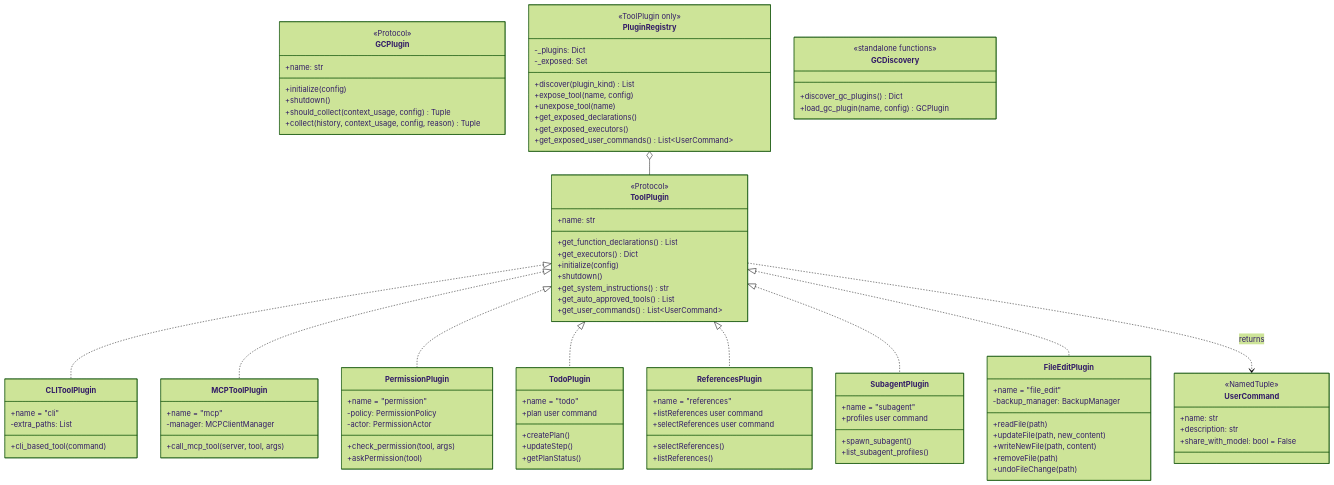
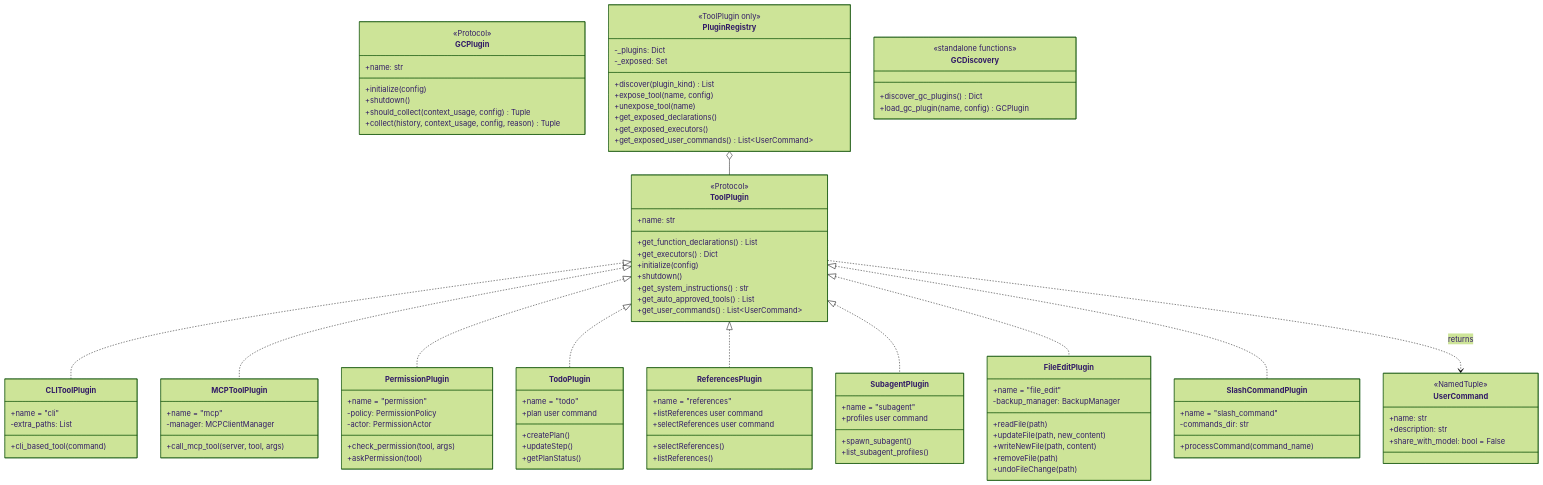
One commit to Jaato-framework-and-examples/jaato changed the third of 3 diagrams in docs/architecture.md. Above: the diagram before and after it, drawn with Mermaid (forest theme). The commit also changed other lines of this file, not shown here.

Commit message:
docs(architecture): Add slash_command plugin to diagrams
Update architecture.md to include the new SlashCommandPlugin:
- Add to Available Plugins in component diagram
- Add class definition to class diagram
- Add to File Structure section

````diff
--- a/docs/architecture.md
+++ b/docs/architecture.md
@@ -289,6 +291,12 @@
         +undoFileChange(path)
     }
 
+    class SlashCommandPlugin {
+        +name = "slash_command"
+        -commands_dir: str
+        +processCommand(command_name)
+    }
+
     ToolPlugin <|.. CLIToolPlugin
     ToolPlugin <|.. MCPToolPlugin
     ToolPlugin <|.. PermissionPlugin
@@ -296,6 +304,7 @@
     ToolPlugin <|.. ReferencesPlugin
     ToolPlugin <|.. SubagentPlugin
     ToolPlugin <|.. FileEditPlugin
+    ToolPlugin <|.. SlashCommandPlugin
     PluginRegistry o-- ToolPlugin
     ToolPlugin ..> UserCommand : returns
 ```
````
